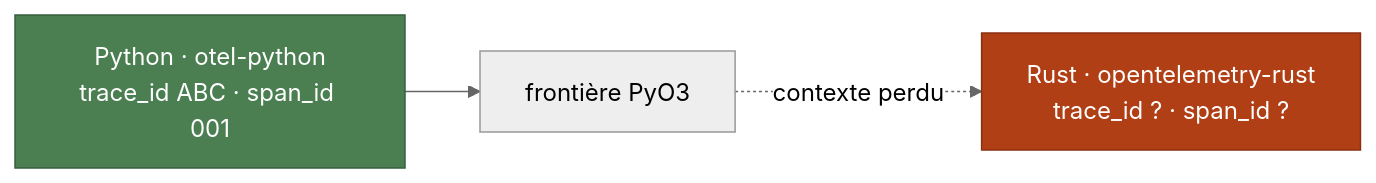
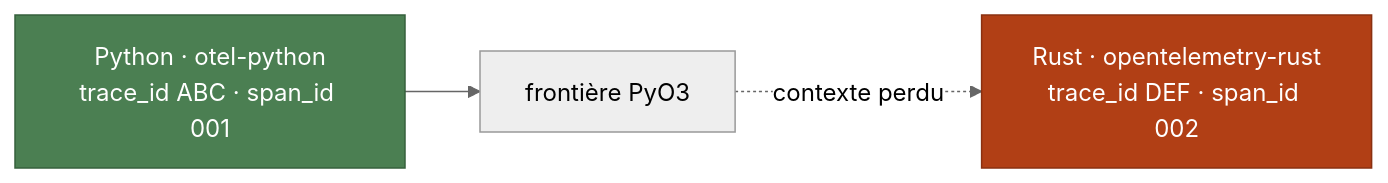
Before and after one commit to ilaborie/rust-python-talk: the diagram in slides/3_coup-de-feu/4-tracing.md, drawn with Mermaid (neutral theme). The commit also changed other lines of this file and 32 other files, not shown here.

````diff
--- a/slides/3_coup-de-feu/4-tracing.md
+++ b/slides/3_coup-de-feu/4-tracing.md
@@ -54,10 +54,10 @@
 ```mermaid:width=88%,alt=Le contexte de trace ne traverse pas la frontière PyO3
 flowchart LR
     PY["Python · otel-python<br/>trace_id ABC · span_id 001"]
     FF["frontière PyO3"]
-    RS["Rust · opentelemetry-rust<br/>trace_id ? · span_id ?"]
+    RS["Rust · opentelemetry-rust<br/>trace_id DEF · span_id 002"]
     PY --> FF
     FF -. "contexte perdu" .-> RS
     style PY fill:#4B7F52,stroke:#36603C,color:#ffffff
     style RS fill:#B13F15,stroke:#8a3010,color:#ffffff
 ```
````
